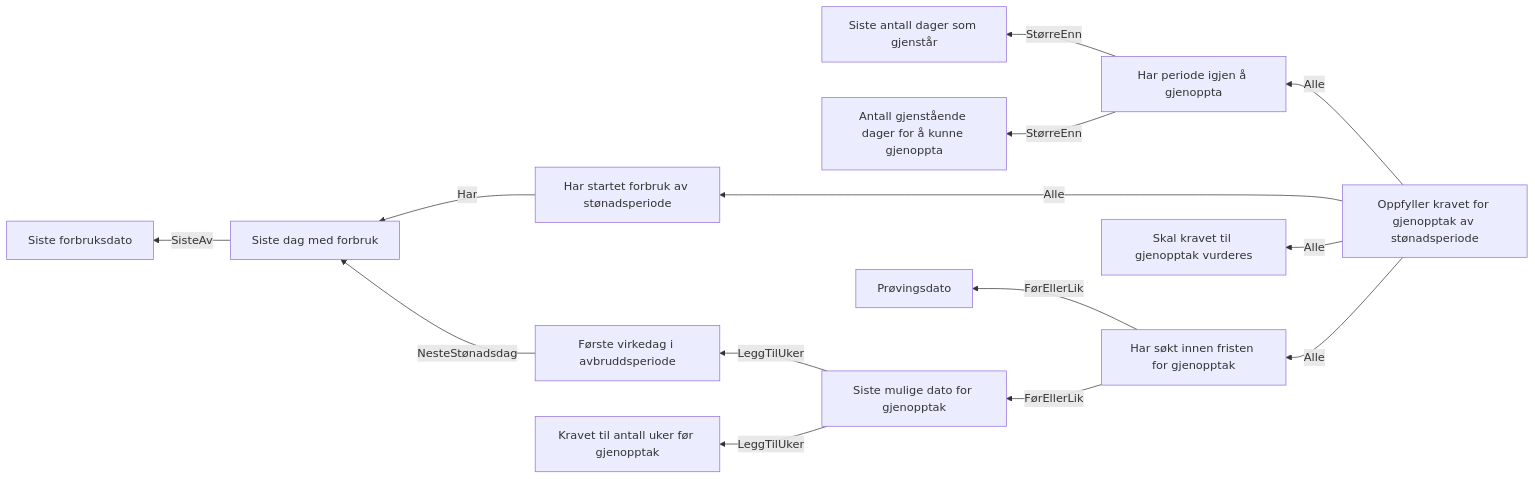
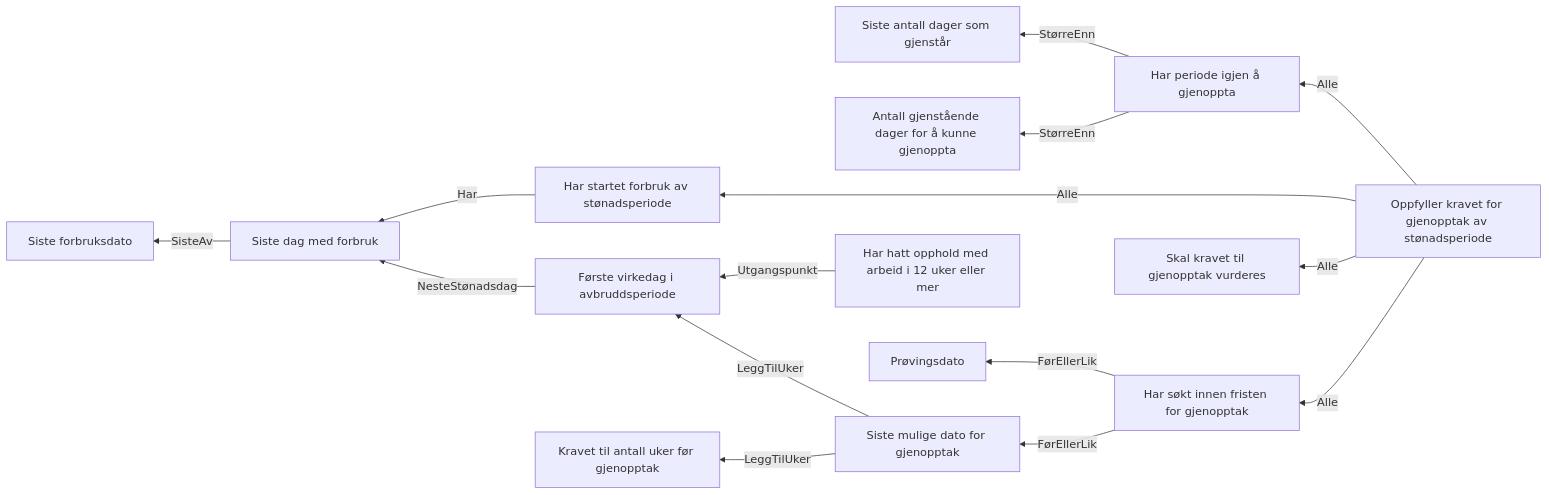
The diagram in docs/regler/§ 4-16. Gjenopptak av løpende stønadsperiode som er avbrutt.approved.md (navikt/dp-behandling), drawn with Mermaid before and after one commit. The commit also changed 19 other files, not shown here.

````diff
--- a/docs/regler/§ 4-16. Gjenopptak av løpende stønadsperiode som er avbrutt.approved.md
+++ b/docs/regler/§ 4-16. Gjenopptak av løpende stønadsperiode som er avbrutt.approved.md
@@ -5,16 +5,17 @@
 ```mermaid
 graph RL
   A["Har startet forbruk av stønadsperiode"] -->|"Har"| B["Siste dag med forbruk"]
   C["Har periode igjen å gjenoppta"] -->|"StørreEnn"| D["Siste antall dager som gjenstår"]
   C["Har periode igjen å gjenoppta"] -->|"StørreEnn"| E["Antall gjenstående dager for å kunne gjenoppta"]
-  B["Siste dag med forbruk"] -->|"SisteAv"| F["Siste forbruksdato"]
+  F["Har hatt opphold med arbeid i 12 uker eller mer"] -->|"Utgangspunkt"| G["Første virkedag i avbruddsperiode"]
+  B["Siste dag med forbruk"] -->|"SisteAv"| H["Siste forbruksdato"]
   G["Første virkedag i avbruddsperiode"] -->|"NesteStønadsdag"| B["Siste dag med forbruk"]
-  H["Siste mulige dato for gjenopptak"] -->|"LeggTilUker"| G["Første virkedag i avbruddsperiode"]
-  H["Siste mulige dato for gjenopptak"] -->|"LeggTilUker"| I["Kravet til antall uker før gjenopptak"]
-  J["Har søkt innen fristen for gjenopptak"] -->|"FørEllerLik"| K["Prøvingsdato"]
-  J["Har søkt innen fristen for gjenopptak"] -->|"FørEllerLik"| H["Siste mulige dato for gjenopptak"]
-  L["Oppfyller kravet for gjenopptak av stønadsperiode"] -->|"Alle"| A["Har startet forbruk av stønadsperiode"]
-  L["Oppfyller kravet for gjenopptak av stønadsperiode"] -->|"Alle"| C["Har periode igjen å gjenoppta"]
-  L["Oppfyller kravet for gjenopptak av stønadsperiode"] -->|"Alle"| J["Har søkt innen fristen for gjenopptak"]
-  L["Oppfyller kravet for gjenopptak av stønadsperiode"] -->|"Alle"| M["Skal kravet til gjenopptak vurderes"]
+  I["Siste mulige dato for gjenopptak"] -->|"LeggTilUker"| G["Første virkedag i avbruddsperiode"]
+  I["Siste mulige dato for gjenopptak"] -->|"LeggTilUker"| J["Kravet til antall uker før gjenopptak"]
+  K["Har søkt innen fristen for gjenopptak"] -->|"FørEllerLik"| L["Prøvingsdato"]
+  K["Har søkt innen fristen for gjenopptak"] -->|"FørEllerLik"| I["Siste mulige dato for gjenopptak"]
+  M["Oppfyller kravet for gjenopptak av stønadsperiode"] -->|"Alle"| A["Har startet forbruk av stønadsperiode"]
+  M["Oppfyller kravet for gjenopptak av stønadsperiode"] -->|"Alle"| C["Har periode igjen å gjenoppta"]
+  M["Oppfyller kravet for gjenopptak av stønadsperiode"] -->|"Alle"| K["Har søkt innen fristen for gjenopptak"]
+  M["Oppfyller kravet for gjenopptak av stønadsperiode"] -->|"Alle"| N["Skal kravet til gjenopptak vurderes"]
 ```
````
